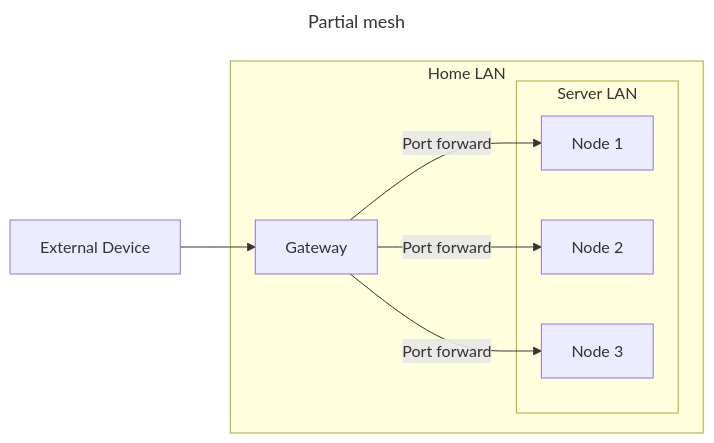
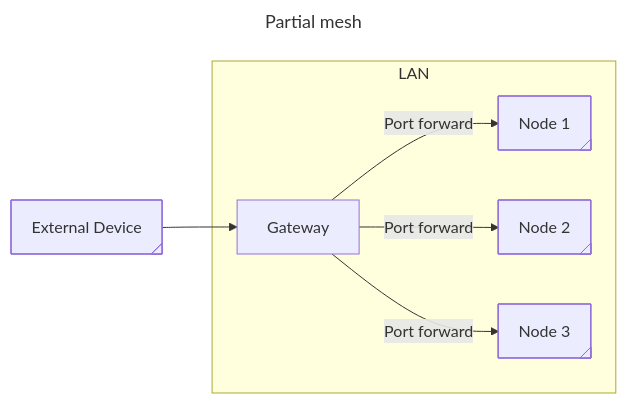
Before and after one commit to j-krl/blog: the first of 5 diagrams in _posts/2026-05-08-hub-and-spoke-architecture.md, drawn with Mermaid. The commit also changed other lines of this file and 1 other file, not shown here.

Commit message:
fixed a lot of diagrams

```diff
--- a/_posts/2026-05-08-hub-and-spoke-architecture.md
+++ b/_posts/2026-05-08-hub-and-spoke-architecture.md
@@ -13,21 +13,17 @@
 <pre class="mermaid" style="text-align: center;">
 ---
 title: Partial mesh
 ---
 flowchart LR
-    ED[External Device] --> Gateway
-    Gateway -->|Port forward| n1[Node 1]
-    Gateway -->|Port forward| n2[Node 2]
-    Gateway -->|Port forward| n3[Node 3]
-    subgraph Home LAN
+    ED@{shape: tag-rect, label: "External Device"}
+    ED --> Gateway
+    Gateway -->|Port forward| n1@{ shape: tag-rect, label: "Node 1"}
+    Gateway -->|Port forward| n2@{ shape: tag-rect, label: "Node 2"}
+    Gateway -->|Port forward| n3@{ shape: tag-rect, label: "Node 3"}
+    subgraph LAN
         Gateway
         n1
         n2
         n3
-        subgraph Server LAN
-            n1
-            n2
-            n3
-        end
     end
 </pre>
```
